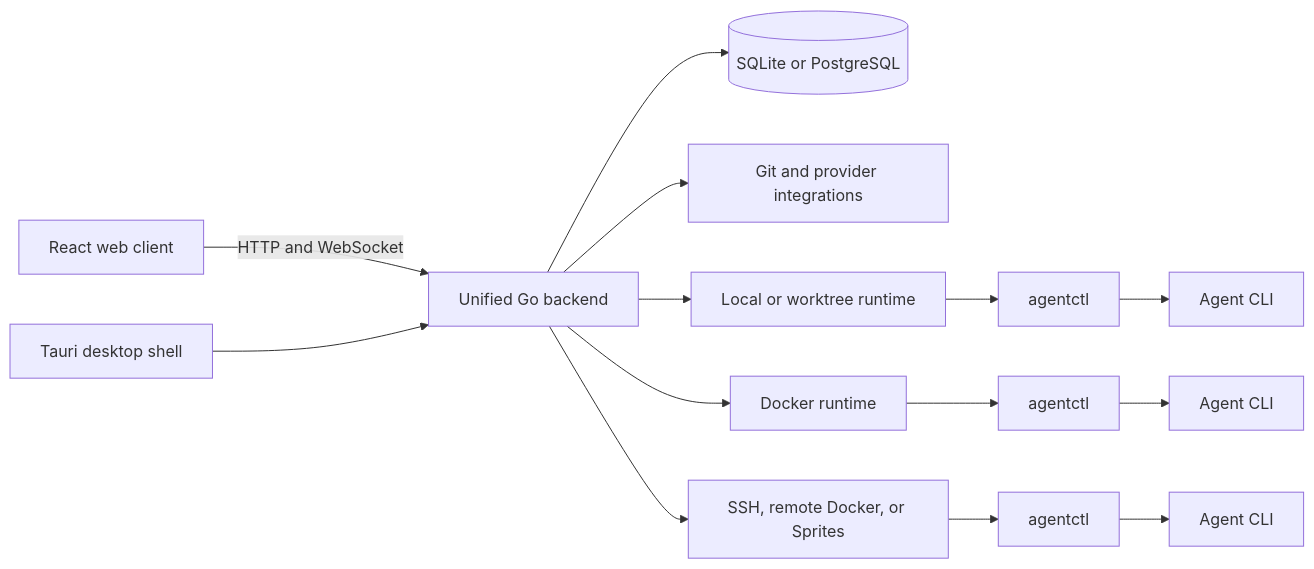
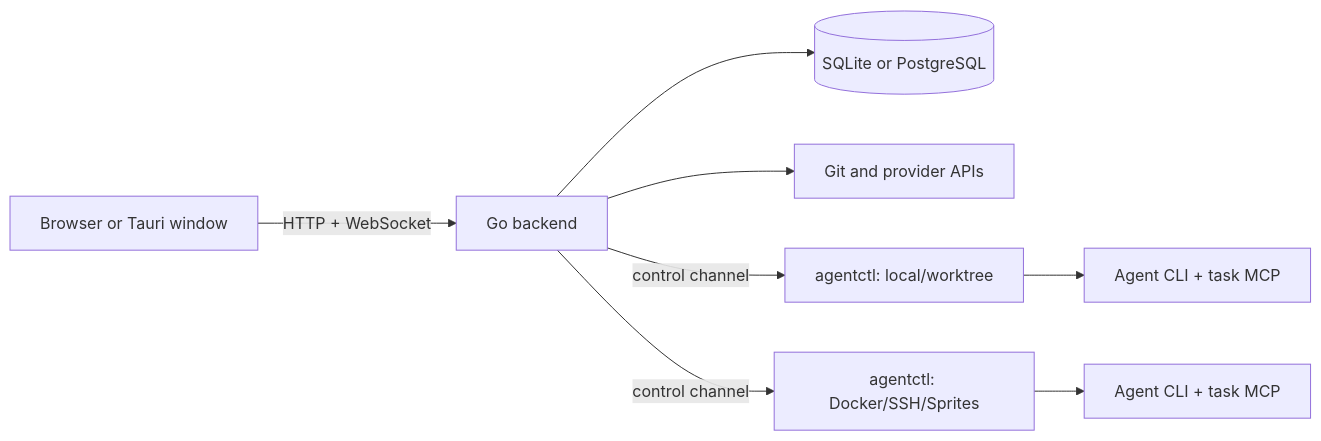
The diagram in docs/public/architecture.md (kdlbs/kandev), drawn with Mermaid before and after one commit. The commit also changed other lines of this file and 65 other files, not shown here.

````diff
--- a/docs/public/architecture.md
+++ b/docs/public/architecture.md
@@ -10,16 +10,10 @@
 ```mermaid
 flowchart LR
-    Browser["React web client"] -->|HTTP and WebSocket| Backend["Unified Go backend"]
-    Desktop["Tauri desktop shell"] --> Backend
-    Backend --> DB[("SQLite or PostgreSQL")]
-    Backend --> Providers["Git and provider integrations"]
-    Backend --> Local["Local or worktree runtime"]
-    Backend --> Container["Docker runtime"]
-    Backend --> Remote["SSH, remote Docker, or Sprites"]
-    Local --> Agentctl1["agentctl"]
-    Container --> Agentctl2["agentctl"]
-    Remote --> Agentctl3["agentctl"]
-    Agentctl1 --> Agent1["Agent CLI"]
-    Agentctl2 --> Agent2["Agent CLI"]
-    Agentctl3 --> Agent3["Agent CLI"]
+    UI["Browser or Tauri window"] -->|HTTP + WebSocket| BE["Go backend"]
+    BE --> DB[("SQLite or PostgreSQL")]
+    BE --> Providers["Git and provider APIs"]
+    BE -->|control channel| A1["agentctl: local/worktree"]
+    BE -->|control channel| A2["agentctl: Docker/SSH/Sprites"]
+    A1 --> Agent1["Agent CLI + task MCP"]
+    A2 --> Agent2["Agent CLI + task MCP"]
 ```
````
